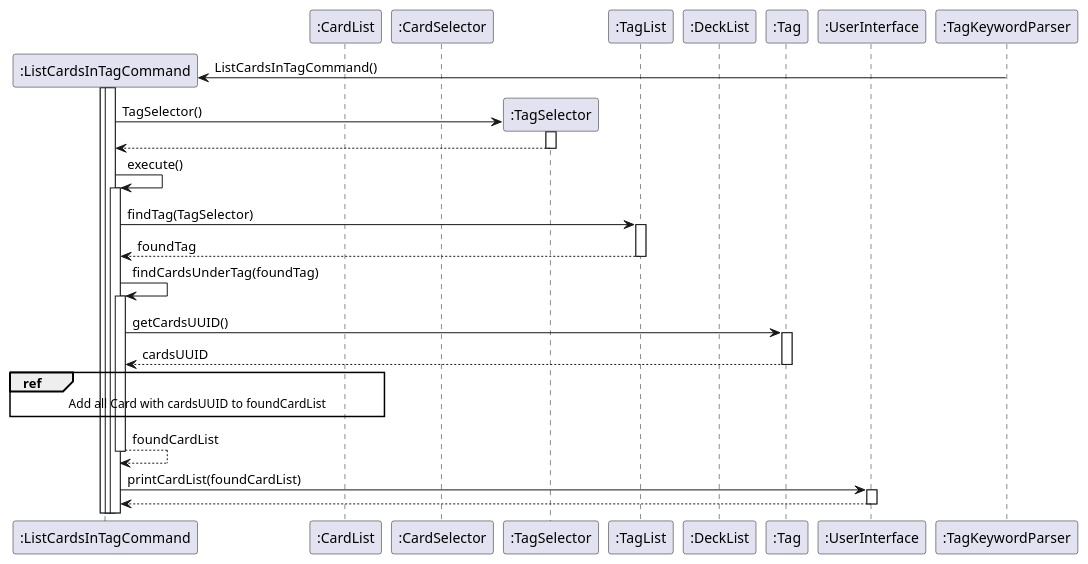
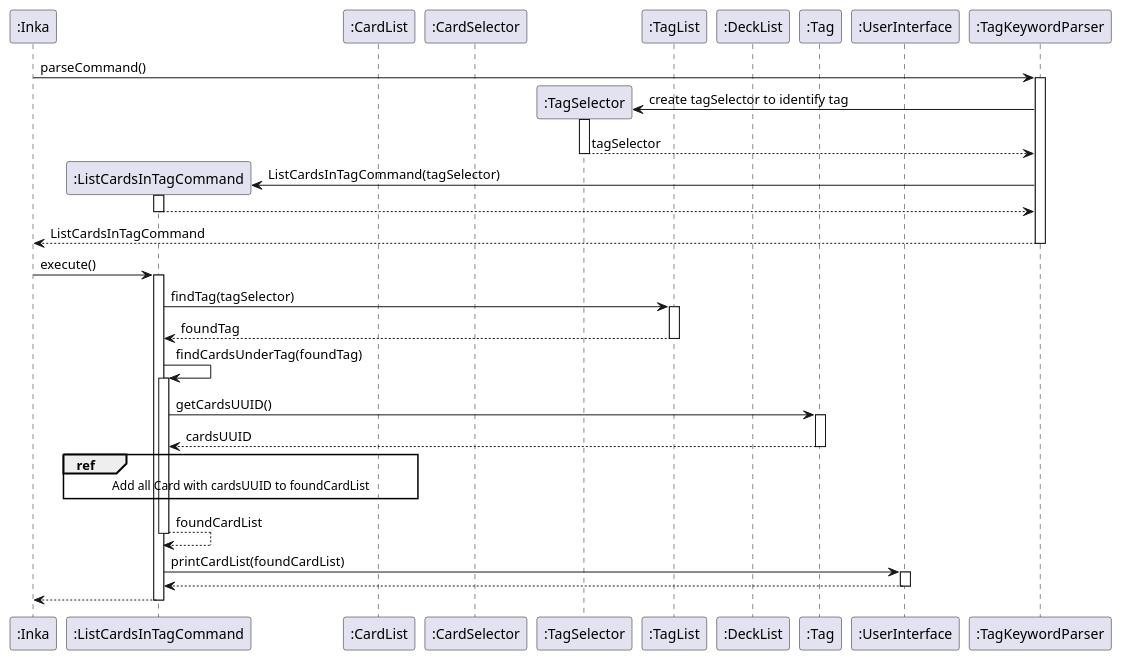
Before and after one commit to nus-cs2113-AY2223S2/tp: the diagram in docs/uml/ListCardsUnderTag.puml, drawn with PlantUML. The commit also changed 9 other files, not shown here.

Commit message:
Update sequence diagrams for more accurate constructor calls and etc

```diff
--- a/docs/uml/ListCardsUnderTag.puml
+++ b/docs/uml/ListCardsUnderTag.puml
@@ -1,53 +1,59 @@
-@startuml
+@startuml ListCardsInTagCommand
+
 autoactivate on
 
+participant ":Inka" as Inka
 participant ":ListCardsInTagCommand" as ListCardsInTagCommand
 participant ":TagList" as TagList
 participant ":CardList" as CardList
 participant ":CardSelector" as CardSelector
 participant ":TagSelector" as TagSelector
 participant ":TagList" as TagList
 participant ":DeckList" as DeckList
 participant ":Tag" as Tag
 
 participant ":UserInterface" as UserInterface
 participant ":TagKeywordParser" as TagKeywordParser
 
+Inka -> TagKeywordParser : parseCommand()
+
+Create TagSelector
+TagKeywordParser -> TagSelector : create tagSelector to identify tag
+return tagSelector
 
 Create ListCardsInTagCommand
-TagKeywordParser -> ListCardsInTagCommand : ListCardsInTagCommand()
-activate ListCardsInTagCommand
-
-Create TagSelector
-ListCardsInTagCommand -> TagSelector : TagSelector()
+TagKeywordParser -> ListCardsInTagCommand : ListCardsInTagCommand(tagSelector)
 return
 
+return ListCardsInTagCommand
 
-ListCardsInTagCommand -> ListCardsInTagCommand: execute()
-ListCardsInTagCommand -> TagList : findTag(TagSelector)
+Inka -> ListCardsInTagCommand: execute()
+ListCardsInTagCommand -> TagList : findTag(tagSelector)
 return foundTag
 
 ListCardsInTagCommand -> ListCardsInTagCommand : findCardsUnderTag(foundTag)
 ListCardsInTagCommand -> Tag : getCardsUUID()
 return cardsUUID
 
 
 ref over ListCardsInTagCommand, CardList
 Add all Card with cardsUUID to foundCardList
 end ref
 
 'loop curr UUID of all Cards != null
 '    loop curr UUID of cardsUUID != null
 '      alt curr UUID of all Cards == curr UUID of cardsUUID
 '        ListCardsInTagCommand -> CardList : addCard()
 '         return
 '       end
 '      end loop
 'end loop
 
 return foundCardList
 
 ListCardsInTagCommand -> UserInterface : printCardList(foundCardList)
 return
 
+return
+
 @enduml
```
